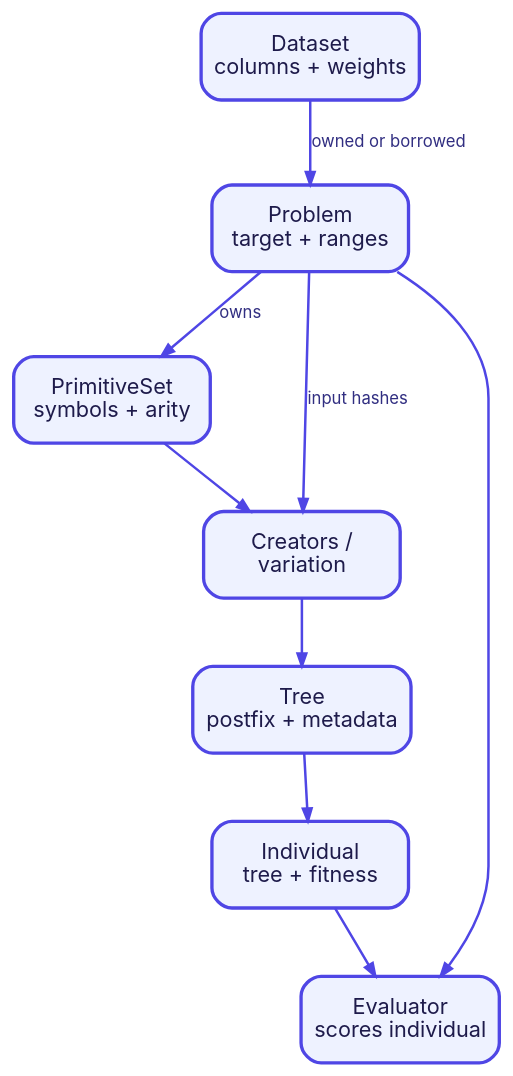
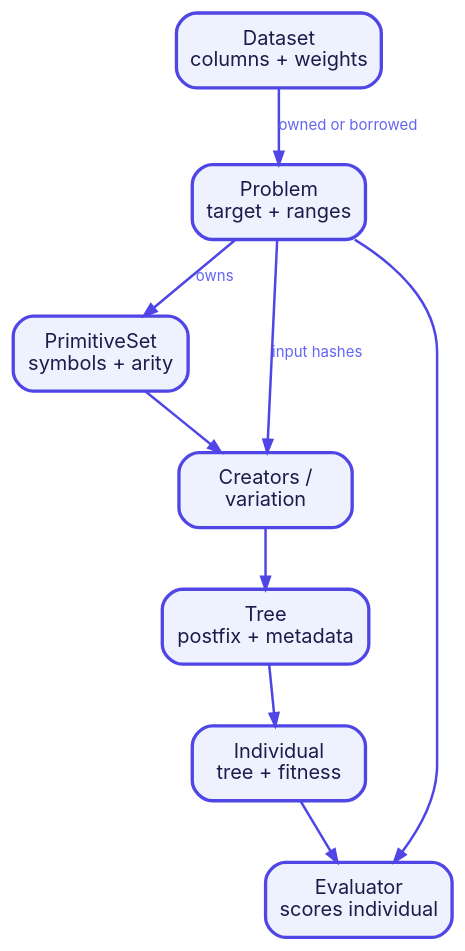
One commit to heal-research/operon changed the diagram in docs/mkdocs/diagrams/core-model.dot. Above: the diagram before and after it, drawn with Graphviz. The commit also changed 6 other files, not shown here.

Commit message:
Improve diagram label contrast

```diff
--- a/docs/mkdocs/diagrams/core-model.dot
+++ b/docs/mkdocs/diagrams/core-model.dot
@@ -1,22 +1,22 @@
 digraph core_model {
-  graph [rankdir=TB, bgcolor="transparent", nodesep=0.42, ranksep=0.55, pad=0.12];
-  node [shape=box, style="rounded,filled", fillcolor="#EEF2FF", color="#4F46E5", penwidth=2, fontname="Inter", fontsize=13, fontcolor="#1E1B4B", width=1.64, height=0.72];
-  edge [color="#4F46E5", penwidth=1.5, arrowsize=0.75, fontname="Inter", fontsize=10, fontcolor="#312E81"];
+  graph [rankdir=TB, bgcolor="transparent", nodesep=0.38, ranksep=0.5, pad=0.1];
+  node [shape=box, style="rounded,filled", fillcolor="#EEF2FF", color="#4F46E5", penwidth=2, fontname="Inter", fontsize=12, fontcolor="#1E1B4B", width=1.45, height=0.62];
+  edge [color="#4F46E5", penwidth=1.5, arrowsize=0.75, fontname="Inter", fontsize=9, fontcolor="#6366F1"];
 
   dataset [label="Dataset\ncolumns + weights"];
   problem [label="Problem\ntarget + ranges"];
   primitives [label="PrimitiveSet\nsymbols + arity"];
   creator [label="Creators /\nvariation"];
   tree [label="Tree\npostfix + metadata"];
   individual [label="Individual\ntree + fitness"];
   evaluator [label="Evaluator\nscores individual"];
 
   dataset -> problem [label="owned or borrowed"];
   problem -> primitives [label="owns"];
   problem -> creator [label="input hashes"];
   primitives -> creator;
   creator -> tree;
   tree -> individual;
   problem -> evaluator;
   individual -> evaluator;
 }
```
